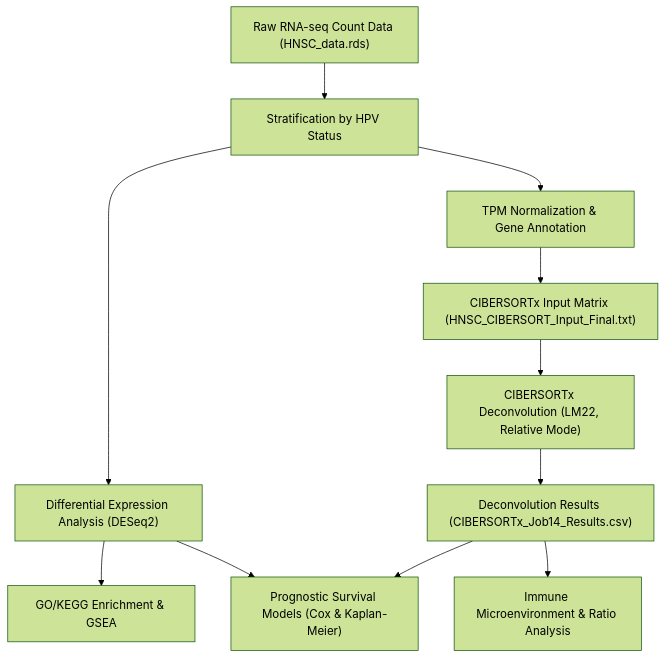
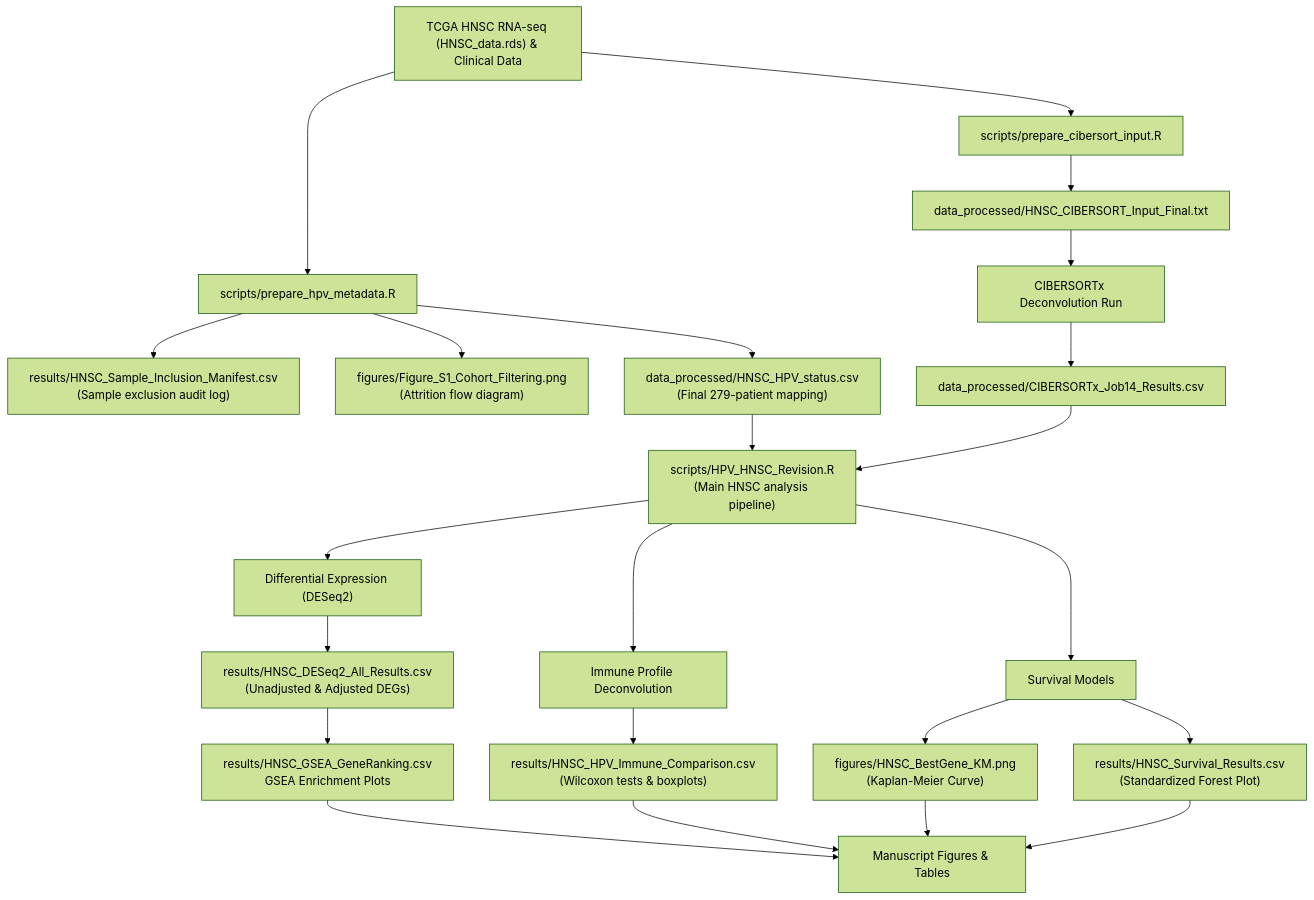
Before and after one commit to rejoy2004-rgb/TCGA-HNSC-HPV-Transcriptomics: the diagram in README.md, drawn with Mermaid (forest theme). The commit also changed other lines of this file, not shown here.

Commit message:
Refactor README.md workflow flowchart and add detailed execution sequence

````diff
--- a/README.md
+++ b/README.md
@@ -31,12 +33,39 @@
 ```mermaid
 graph TD
-    A["Raw RNA-seq Count Data (HNSC_data.rds)"] --> B["Stratification by HPV Status"]
-    B --> C["Differential Expression Analysis (DESeq2)"]
-    B --> D["TPM Normalization & Gene Annotation"]
-    D --> E["CIBERSORTx Input Matrix (HNSC_CIBERSORT_Input_Final.txt)"]
-    E --> F["CIBERSORTx Deconvolution (LM22, Relative Mode)"]
-    F --> G["Deconvolution Results (CIBERSORTx_Job14_Results.csv)"]
-    C --> H["GO/KEGG Enrichment & GSEA"]
-    G --> I["Immune Microenvironment & Ratio Analysis"]
-    C & G --> J["Prognostic Survival Models (Cox & Kaplan-Meier)"]
+    %% Input Data
+    RawData["TCGA HNSC RNA-seq (HNSC_data.rds) & Clinical Data"] --> PrepScript["scripts/prepare_hpv_metadata.R"]
+    
+    %% Cohort Prep
+    PrepScript --> Manifest["results/HNSC_Sample_Inclusion_Manifest.csv<br>(Sample exclusion audit log)"]
+    PrepScript --> Flowchart["figures/Figure_S1_Cohort_Filtering.png<br>(Attrition flow diagram)"]
+    PrepScript --> HPVStatus["data_processed/HNSC_HPV_status.csv<br>(Final 279-patient mapping)"]
+    
+    %% Main Script Input
+    HPVStatus --> MainScript["scripts/HPV_HNSC_Revision.R<br>(Main HNSC analysis pipeline)"]
+    
+    %% Deconvolution Preprocessing
+    RawData --> CiberPrep["scripts/prepare_cibersort_input.R"]
+    CiberPrep --> CiberInput["data_processed/HNSC_CIBERSORT_Input_Final.txt"]
+    CiberInput --> CiberRun["CIBERSORTx Deconvolution Run"]
+    CiberRun --> CiberOut["data_processed/CIBERSORTx_Job14_Results.csv"]
+    CiberOut --> MainScript
+    
+    %% Downstream Analyses
+    MainScript --> DEBlock["Differential Expression (DESeq2)"]
+    MainScript --> DeconvBlock["Immune Profile Deconvolution"]
+    MainScript --> SurvivalBlock["Survival Models"]
+    
+    %% Outputs from DE
+    DEBlock --> DEGs["results/HNSC_DESeq2_All_Results.csv<br>(Unadjusted & Adjusted DEGs)"]
+    DEGs --> GSEA["results/HNSC_GSEA_GeneRanking.csv<br>GSEA Enrichment Plots"]
+    
+    %% Outputs from Deconv
+    DeconvBlock --> Wilcox["results/HNSC_HPV_Immune_Comparison.csv<br>(Wilcoxon tests & boxplots)"]
+    
+    %% Outputs from Survival
+    SurvivalBlock --> KM["figures/HNSC_BestGene_KM.png<br>(Kaplan-Meier Curve)"]
+    SurvivalBlock --> Cox["results/HNSC_Survival_Results.csv<br>(Standardized Forest Plot)"]
+    
+    %% Final Integration
+    GSEA & Wilcox & KM & Cox --> FinalOutputs["Manuscript Figures & Tables"]
 ```
````
